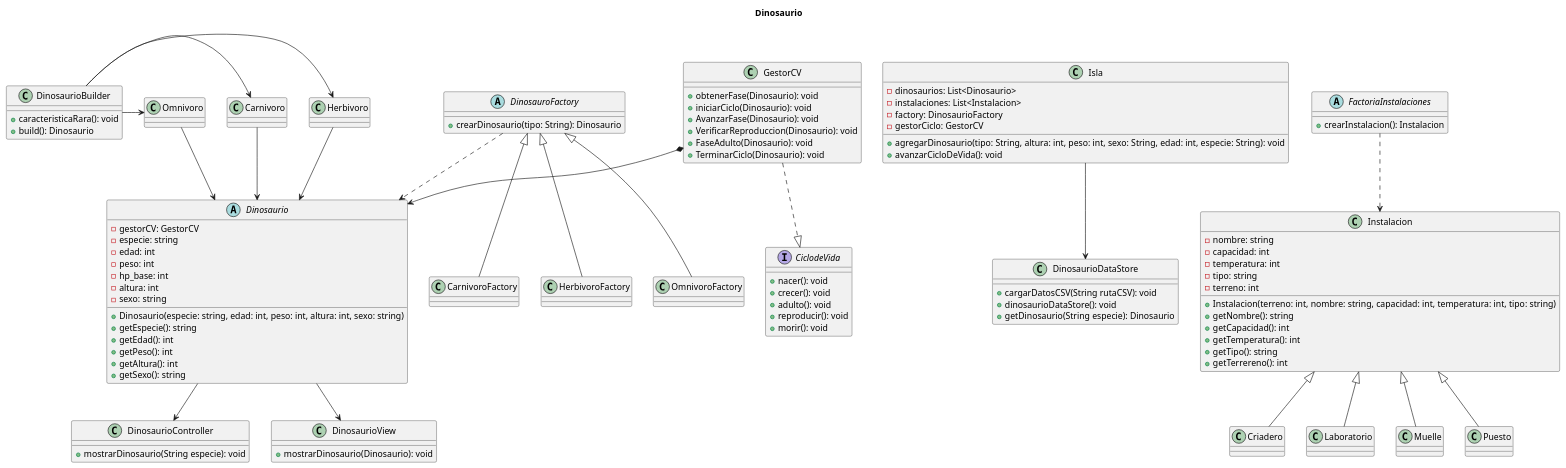
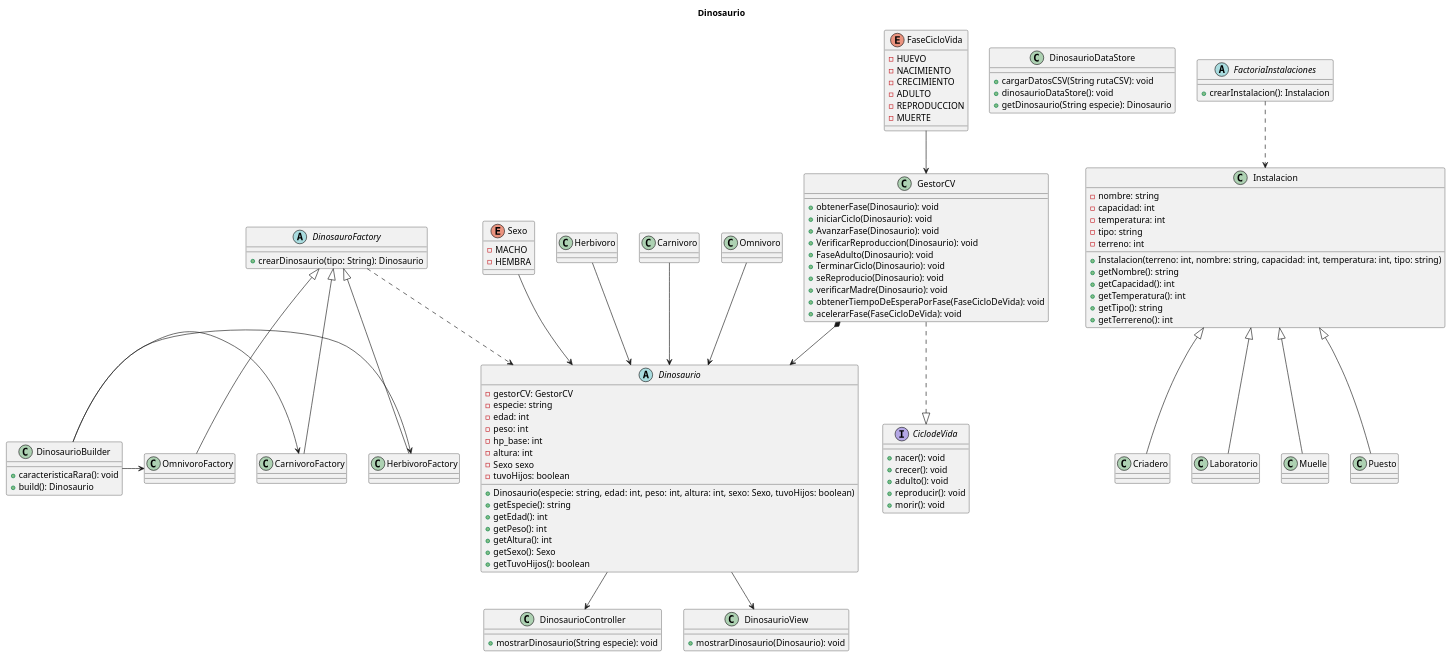
The diagram in uml/Dinosaurio.puml (sssdark302/JurassicPark), drawn with PlantUML before and after one commit. The commit also changed 11 other files, not shown here.

```diff
--- a/uml/Dinosaurio.puml
+++ b/uml/Dinosaurio.puml
@@ -1,109 +1,119 @@
 @startuml
 'https://plantuml.com/class-diagram
 title Dinosaurio
 
 abstract class Dinosaurio{
     -gestorCV: GestorCV
     -especie: string
     -edad: int
     -peso: int
     -hp_base: int
     -altura: int
-    -sexo: string
-    +Dinosaurio(especie: string, edad: int, peso: int, altura: int, sexo: string)
+    -Sexo sexo
+    -tuvoHijos: boolean
+    +Dinosaurio(especie: string, edad: int, peso: int, altura: int, sexo: Sexo, tuvoHijos: boolean)
     +getEspecie(): string
     +getEdad(): int
     +getPeso(): int
     +getAltura(): int
-    +getSexo(): string
+    +getSexo(): Sexo
+    +getTuvoHijos(): boolean
+}
+enum Sexo{
+    -MACHO
+    -HEMBRA
 }
 class DinosaurioController{
     +mostrarDinosaurio(String especie): void
 }
 class DinosaurioDataStore{
     +cargarDatosCSV(String rutaCSV): void
     +dinosaurioDataStore(): void
     +getDinosaurio(String especie): Dinosaurio
 }
 class DinosaurioView{
     +mostrarDinosaurio(Dinosaurio): void
 }
 
 class DinosaurioBuilder{
     +caracteristicaRara(): void
     +build(): Dinosaurio
 }
 
 abstract class DinosauroFactory{
     +crearDinosaurio(tipo: String): Dinosaurio
 }
 
 class CarnivoroFactory extends DinosauroFactory{}
 class HerbivoroFactory extends DinosauroFactory{}
 class OmnivoroFactory extends DinosauroFactory{}
 
 abstract class FactoriaInstalaciones{
     +crearInstalacion(): Instalacion
 }
 
 class Instalacion{
     -nombre: string
     -capacidad: int
     -temperatura: int
     -tipo: string
     -terreno: int
     +Instalacion(terreno: int, nombre: string, capacidad: int, temperatura: int, tipo: string)
     +getNombre(): string
     +getCapacidad(): int
     +getTemperatura(): int
     +getTipo(): string
     +getTerrereno(): int
 }
 
 class Criadero extends Instalacion{}
 class Laboratorio extends Instalacion{}
 class Muelle extends Instalacion{}
 class Puesto extends Instalacion{}
 
 interface CiclodeVida{
     +nacer(): void
     +crecer(): void
     +adulto(): void
     +reproducir(): void
     +morir(): void
 }
 
 class GestorCV{
     +obtenerFase(Dinosaurio): void
     +iniciarCiclo(Dinosaurio): void
     +AvanzarFase(Dinosaurio): void
     +VerificarReproduccion(Dinosaurio): void
     +FaseAdulto(Dinosaurio): void
     +TerminarCiclo(Dinosaurio): void
+    +seReproducio(Dinosaurio): void
+    +verificarMadre(Dinosaurio): void
+    +obtenerTiempoDeEsperaPorFase(FaseCicloDeVida): void
+    +acelerarFase(FaseCicloDeVida): void
 }
 
-class Isla{
-    -dinosaurios: List<Dinosaurio>
-    -instalaciones: List<Instalacion>
-    -factory: DinosaurioFactory
-    -gestorCiclo: GestorCV
-    +agregarDinosaurio(tipo: String, altura: int, peso: int, sexo: String, edad: int, especie: String): void
-    +avanzarCicloDeVida(): void
+enum FaseCicloVida{
+    -HUEVO
+    -NACIMIENTO
+    -CRECIMIENTO
+    -ADULTO
+    -REPRODUCCION
+    -MUERTE
 }
-
+Sexo --> Dinosaurio
 GestorCV *--> Dinosaurio
 Herbivoro --> Dinosaurio
 Carnivoro --> Dinosaurio
 Omnivoro --> Dinosaurio
 GestorCV ..|> CiclodeVida
 DinosauroFactory ..> Dinosaurio
-DinosaurioBuilder -> Herbivoro
-DinosaurioBuilder -> Carnivoro
-DinosaurioBuilder -> Omnivoro
+DinosaurioBuilder -> HerbivoroFactory
+DinosaurioBuilder -> CarnivoroFactory
+DinosaurioBuilder -> OmnivoroFactory
 FactoriaInstalaciones ..> Instalacion
-Isla --> DinosaurioDataStore
 Dinosaurio --> DinosaurioController
 Dinosaurio --> DinosaurioView
+FaseCicloVida --> GestorCV
 
 
 @enduml
```
